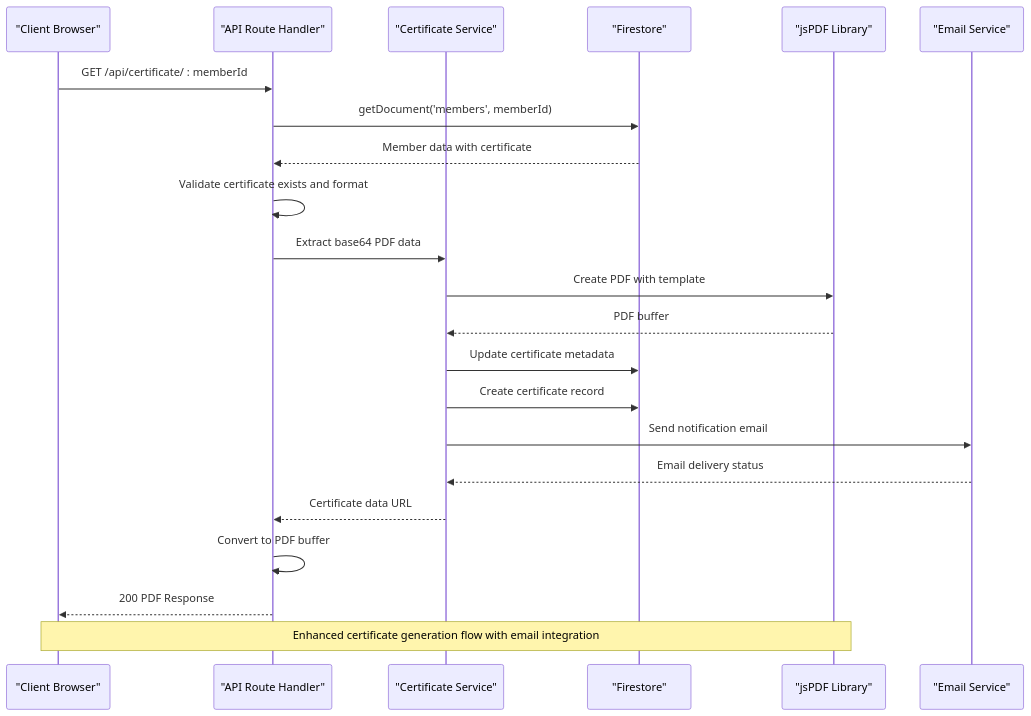
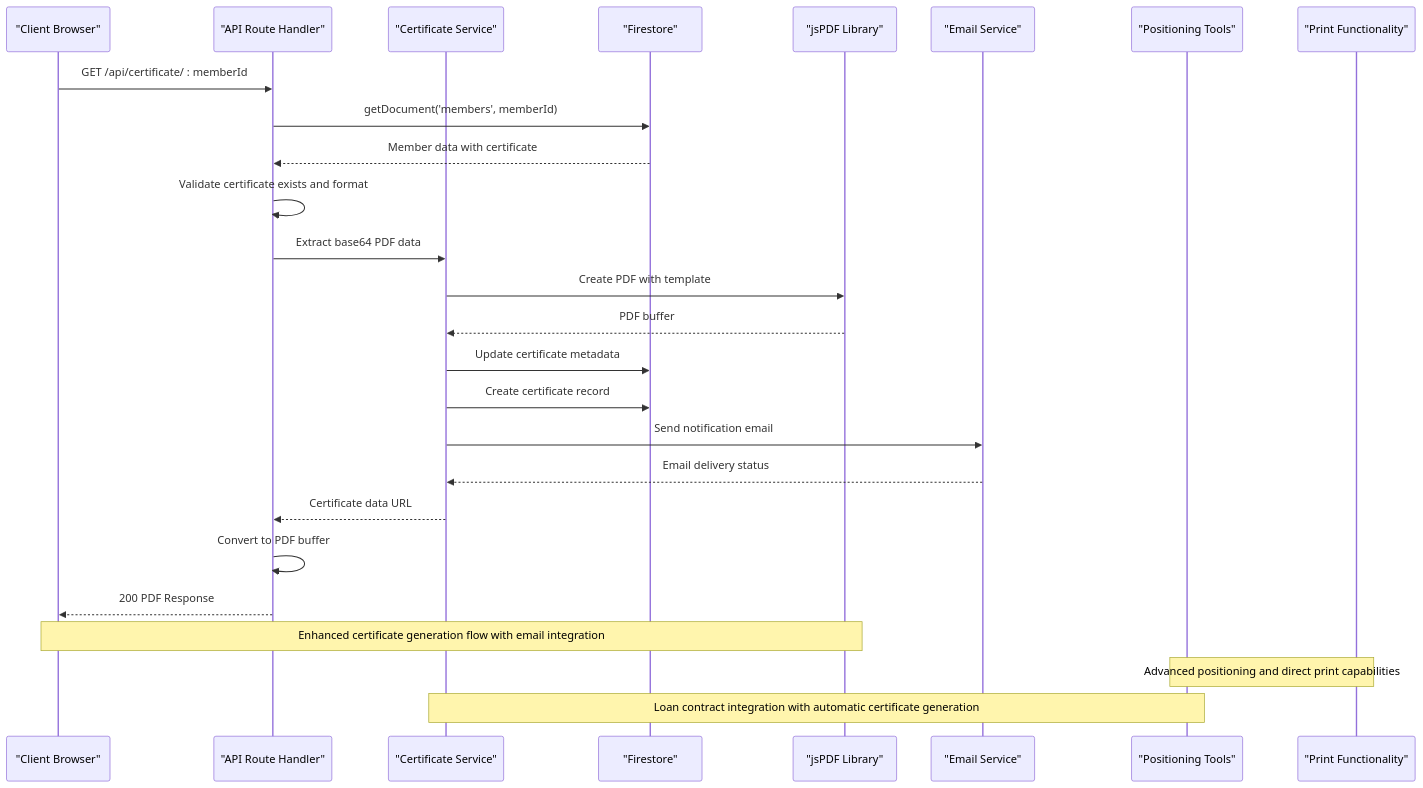
Before and after one commit to Unsure-bry/sampacoop_system: the second of 8 diagrams in .qoder/repowiki/en/content/API Endpoints Reference/Certificate Generation API.md, drawn with Mermaid. The commit also changed other lines of this file and 24 other files, not shown here.

````diff
--- a/.qoder/repowiki/en/content/API Endpoints Reference/Certificate Generation API.md
+++ b/.qoder/repowiki/en/content/API Endpoints Reference/Certificate Generation API.md
@@ -129,24 +163,28 @@
 ```mermaid
 sequenceDiagram
 participant Client as "Client Browser"
 participant API as "API Route Handler"
 participant Service as "Certificate Service"
 participant Firestore as "Firestore"
 participant PDFLib as "jsPDF Library"
 participant Email as "Email Service"
+participant Positioning as "Positioning Tools"
+participant Print as "Print Functionality"
 Client->>API : GET /api/certificate/ : memberId
 API->>Firestore : getDocument('members', memberId)
 Firestore-->>API : Member data with certificate
 API->>API : Validate certificate exists and format
 API->>Service : Extract base64 PDF data
 Service->>PDFLib : Create PDF with template
 PDFLib-->>Service : PDF buffer
 Service->>Firestore : Update certificate metadata
 Service->>Firestore : Create certificate record
 Service->>Email : Send notification email
 Email-->>Service : Email delivery status
 Service-->>API : Certificate data URL
 API->>API : Convert to PDF buffer
 API-->>Client : 200 PDF Response
 Note over Client,PDFLib : Enhanced certificate generation flow with email integration
+Note over Positioning,Print : Advanced positioning and direct print capabilities
+Note over Service,Positioning : Loan contract integration with automatic certificate generation
 ```
````
